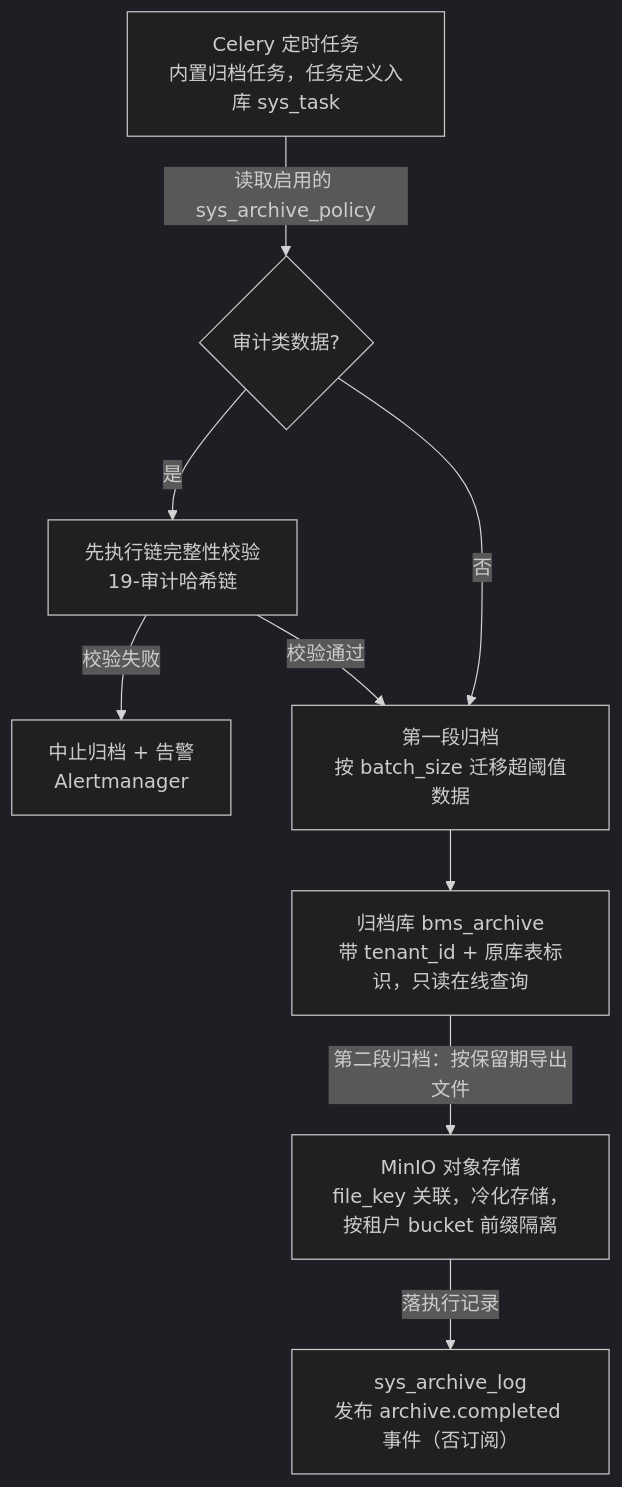
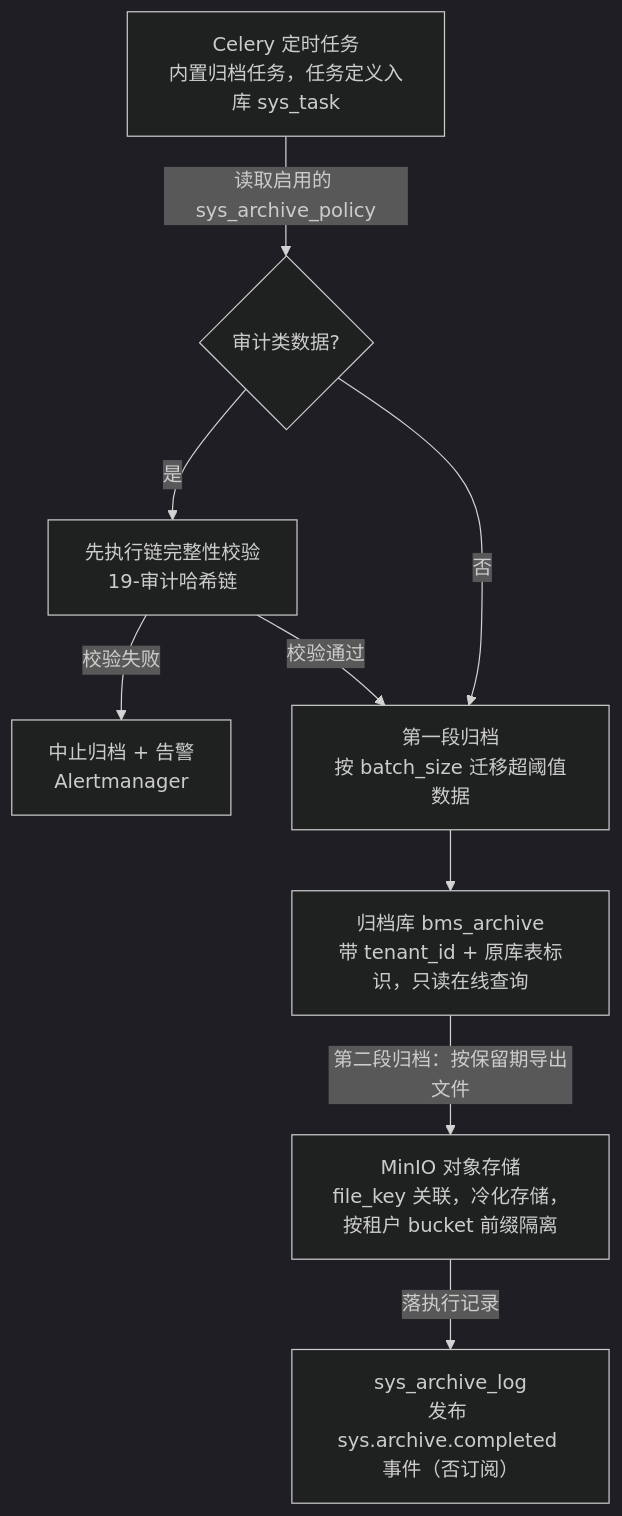
Before and after one commit to minjian123/basic-management-system: the first of 2 diagrams in bms文档/设计/概要设计/30_概要设计_归档管理.md, drawn with Mermaid (dark theme). The commit also changed other lines of this file and 28 other files, not shown here.

````diff
--- a/bms文档/设计/概要设计/30_概要设计_归档管理.md
+++ b/bms文档/设计/概要设计/30_概要设计_归档管理.md
@@ -69,11 +69,11 @@
 ```mermaid
 graph TD
     A[Celery 定时任务<br/>内置归档任务，任务定义入库 sys_task] -->|读取启用的 sys_archive_policy| B{审计类数据?}
     B -->|是| C[先执行链完整性校验<br/>19-审计哈希链]
     C -->|校验失败| D[中止归档 + 告警<br/>Alertmanager]
     C -->|校验通过| E[第一段归档<br/>按 batch_size 迁移超阈值数据]
     B -->|否| E
     E --> F[归档库 bms_archive<br/>带 tenant_id + 原库表标识，只读在线查询]
     F -->|第二段归档：按保留期导出文件| G[MinIO 对象存储<br/>file_key 关联，冷化存储，按租户 bucket 前缀隔离]
-    G -->|落执行记录| H[sys_archive_log<br/>发布 archive.completed 事件（否订阅）]
+    G -->|落执行记录| H[sys_archive_log<br/>发布 sys.archive.completed 事件（否订阅）]
 ```
````
